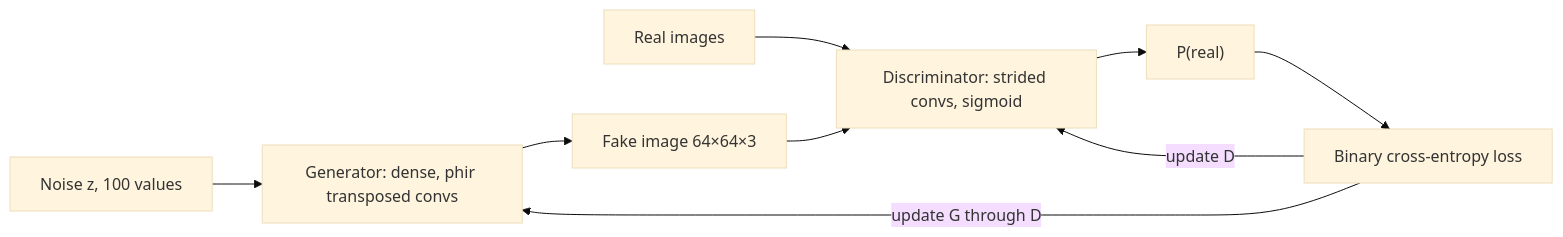
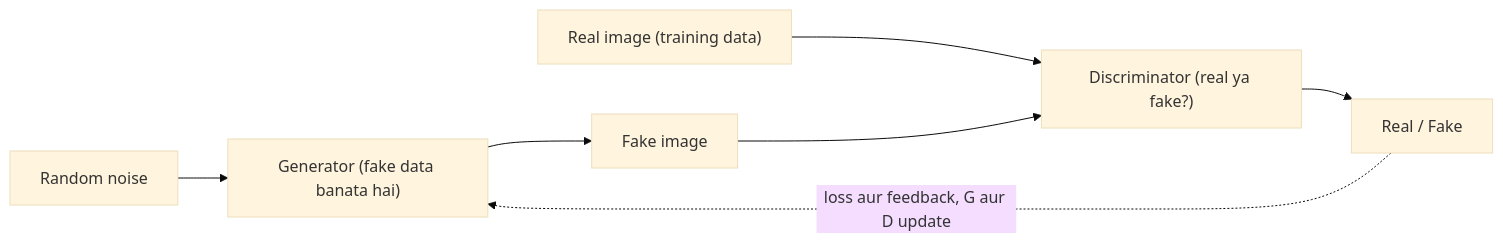
The diagram in content/deep-learning/pyq/2025-05/q5b.hi.mdx (TrendySloth1001/sem-seven-notes), drawn with Mermaid (base theme) before and after one commit. The commit also changed other lines of this file and 168 other files, not shown here.

Commit message:
Rewrite the Module 1, activation, loss and GAN notes and their 25 answers from the teachers' class files. They keep the teacher's definitions, use 80 of their figures with class-notes citations only, and fix the slide errors in the XOR, NAND, loss and KL formulas.

````diff
--- a/content/deep-learning/pyq/2025-05/q5b.hi.mdx
+++ b/content/deep-learning/pyq/2025-05/q5b.hi.mdx
@@ -21,12 +11,10 @@
 ```mermaid
-%% caption: GAN architecture (DCGAN style). Discriminator real aur fake images ko judge karta hai; uska loss dono networks ko train karta hai.
+%% caption: GAN architecture. Discriminator generator ki fake image aur dataset ki real image dono dekhta hai.
 flowchart LR
-  Z["Noise z, 100 values"] --> G["Generator: dense, phir transposed convs"]
-  G --> F["Fake image 64×64×3"]
-  R["Real images"] --> D["Discriminator: strided convs, sigmoid"]
+  N["Random noise"] --> G["Generator (fake data banata hai)"]
+  G --> F["Fake image"]
+  R["Real image (training data)"] --> D["Discriminator (real ya fake?)"]
   F --> D
-  D --> P["P(real)"]
-  P --> L["Binary cross-entropy loss"]
-  L -- "update D" --> D
-  L -- "update G through D" --> G
+  D --> O["Real / Fake"]
+  O -. "loss aur feedback, G aur D update" .-> G
 ```
````
